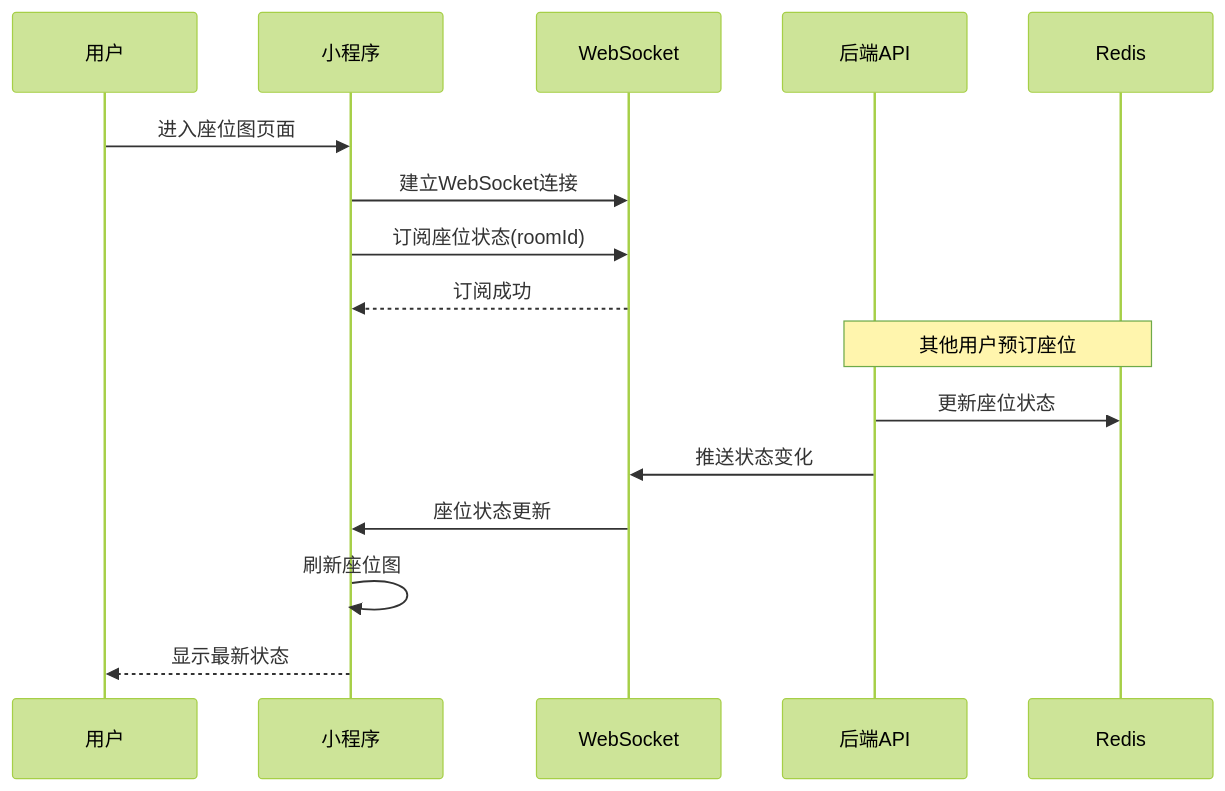
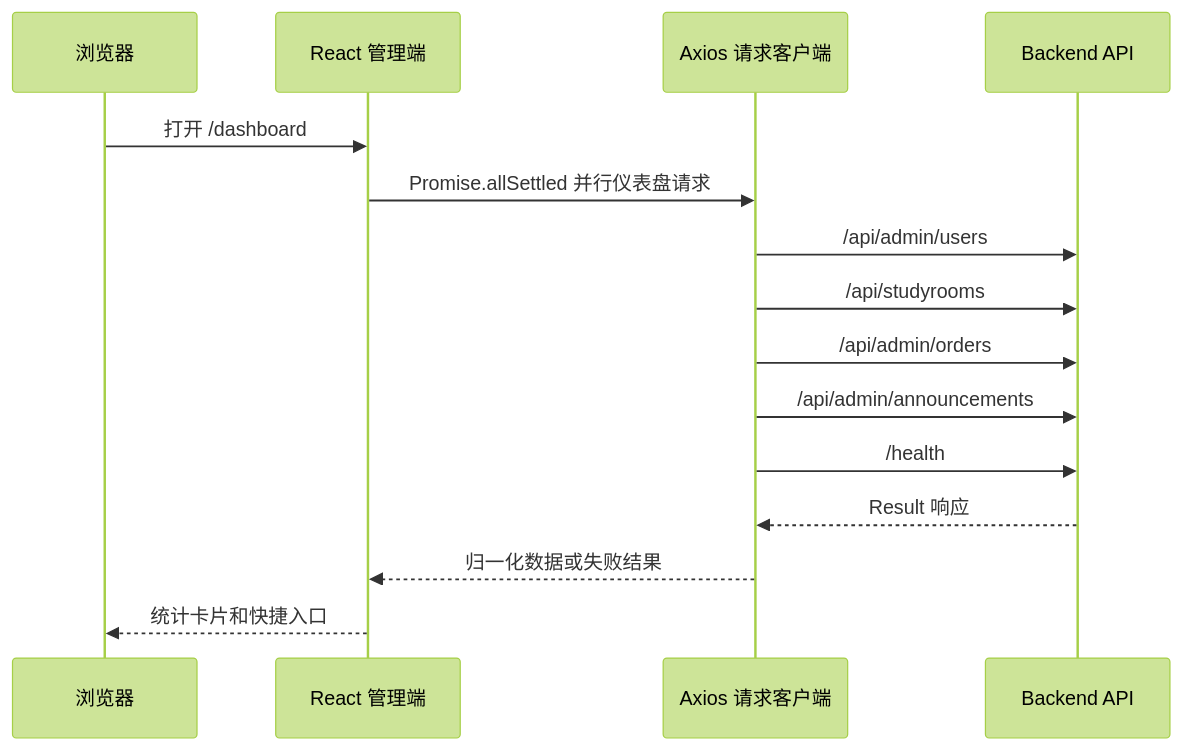
One commit to yu086868-ui/iStudySpot changed the fifth of 5 diagrams in docs/architecture.md. Above: the diagram before and after it, drawn with Mermaid (forest theme). The commit also changed other lines of this file and 12 other files, not shown here.

````diff
--- a/docs/architecture.md
+++ b/docs/architecture.md
@@ -304,20 +290,18 @@
 ```mermaid
 sequenceDiagram
-    participant User as 用户
-    participant MP as 小程序
-    participant WS as WebSocket
-    participant API as 后端API
-    participant Redis as Redis
+    participant Admin as 浏览器
+    participant Web as React 管理端
+    participant API as Axios 请求客户端
+    participant Backend as Backend API
 
-    User->>MP: 进入座位图页面
-    MP->>WS: 建立WebSocket连接
-    MP->>WS: 订阅座位状态(roomId)
-    WS-->>MP: 订阅成功
-
-    Note over API,Redis: 其他用户预订座位
-    API->>Redis: 更新座位状态
-    API->>WS: 推送状态变化
-    WS->>MP: 座位状态更新
-    MP->>MP: 刷新座位图
-    MP-->>User: 显示最新状态
+    Admin->>Web: 打开 /dashboard
+    Web->>API: Promise.allSettled 并行仪表盘请求
+    API->>Backend: /api/admin/users
+    API->>Backend: /api/studyrooms
+    API->>Backend: /api/admin/orders
+    API->>Backend: /api/admin/announcements
+    API->>Backend: /health
+    Backend-->>API: Result 响应
+    API-->>Web: 归一化数据或失败结果
+    Web-->>Admin: 统计卡片和快捷入口
 ```
````
